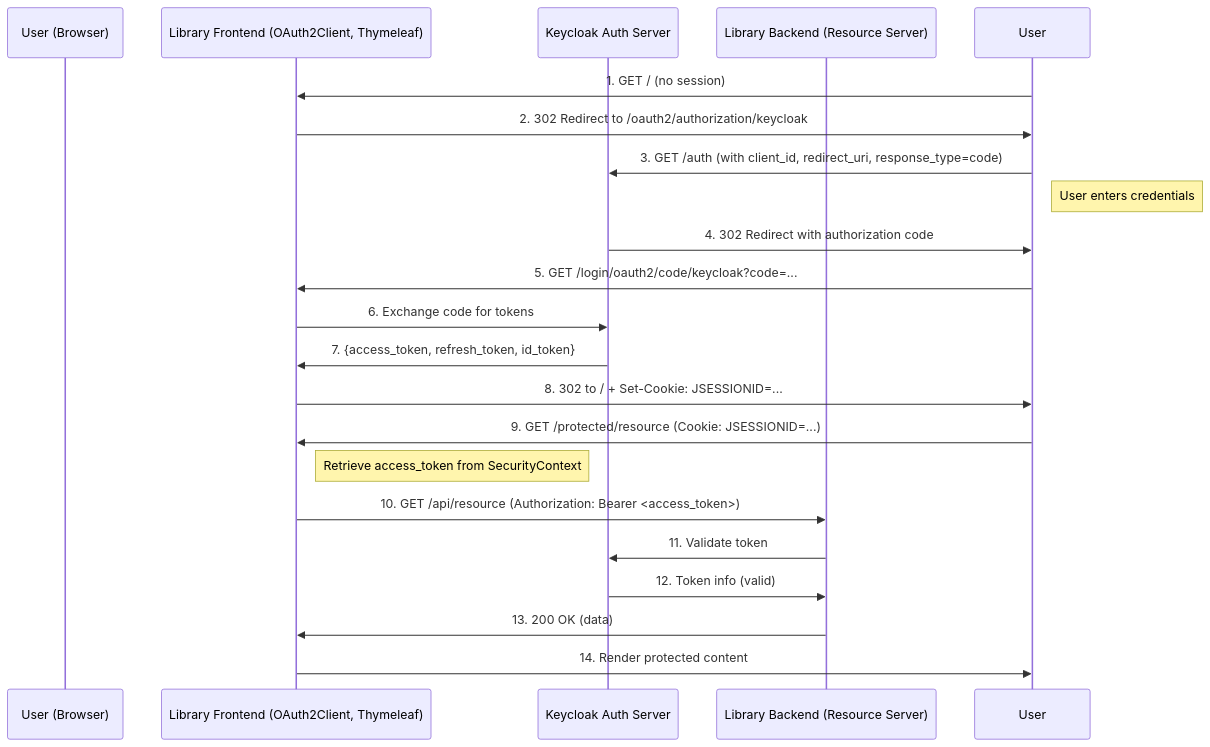
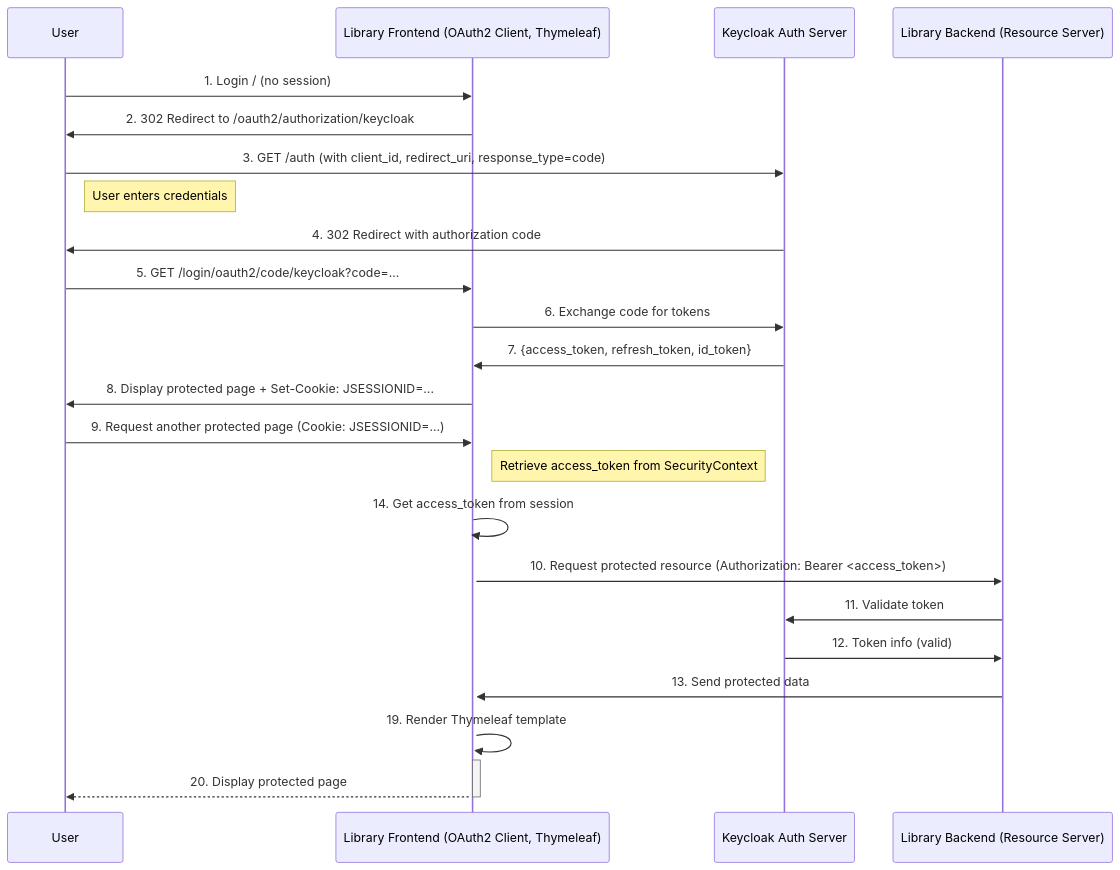
The second of 2 diagrams in README.md (kergru/library-mvc), drawn with Mermaid before and after one commit.

````diff
--- a/README.md
+++ b/README.md
@@ -98,25 +98,28 @@
 ```mermaid
 sequenceDiagram
-    participant User (Browser)
-    participant Frontend as Library Frontend (OAuth2Client, Thymeleaf)
+    participant User
+    participant Frontend as Library Frontend (OAuth2 Client, Thymeleaf)
     participant AuthServer as Keycloak Auth Server
     participant Backend as Library Backend (Resource Server)
 
-    User->>Frontend: 1. GET / (no session)
+    User->>Frontend: 1. Login / (no session)
     Frontend->>User: 2. 302 Redirect to /oauth2/authorization/keycloak
     User->>AuthServer: 3. GET /auth (with client_id, redirect_uri, response_type=code)
     Note right of User: User enters credentials
     AuthServer->>User: 4. 302 Redirect with authorization code
     User->>Frontend: 5. GET /login/oauth2/code/keycloak?code=...
     Frontend->>AuthServer: 6. Exchange code for tokens
     AuthServer->>Frontend: 7. {access_token, refresh_token, id_token}
-    Frontend->>User: 8. 302 to / + Set-Cookie: JSESSIONID=...
+    Frontend->>User: 8. Display protected page + Set-Cookie: JSESSIONID=...
 
-    User->>Frontend: 9. GET /protected/resource (Cookie: JSESSIONID=...)
+    User->>Frontend: 9. Request another protected page (Cookie: JSESSIONID=...)
     Note right of Frontend: Retrieve access_token from SecurityContext
-    Frontend->>Backend: 10. GET /api/resource (Authorization: Bearer <access_token>)
+
+    Frontend->>+Frontend: 14. Get access_token from session
+    Frontend->>Backend: 10. Request protected resource (Authorization: Bearer <access_token>)
     Backend->>AuthServer: 11. Validate token
     AuthServer->>Backend: 12. Token info (valid)
-    Backend->>Frontend: 13. 200 OK (data)
-    Frontend->>User: 14. Render protected content
+    Backend->>Frontend: 13. Send protected data
+    Frontend->>+Frontend: 19. Render Thymeleaf template
+    Frontend-->>-User: 20. Display protected page
 ```
````
